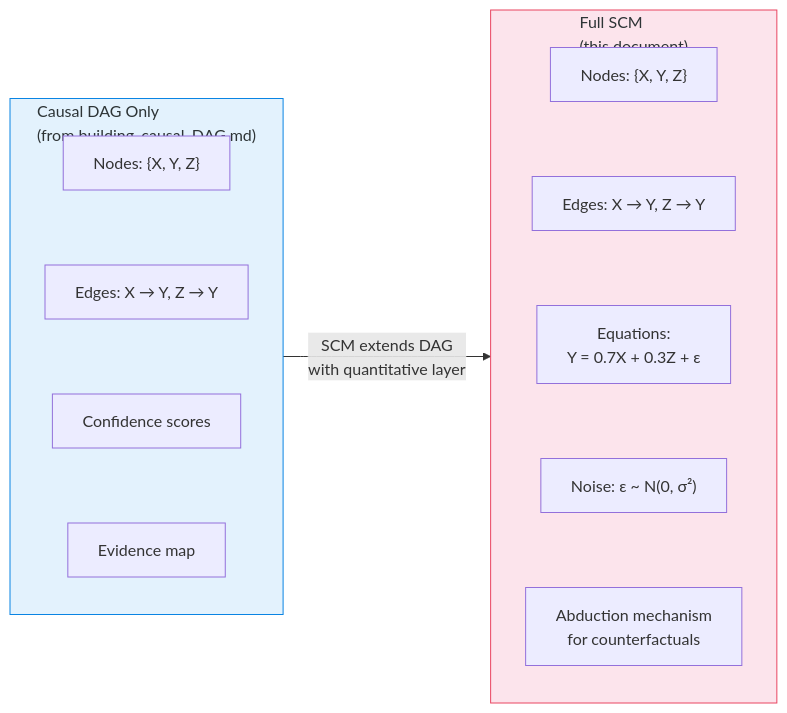
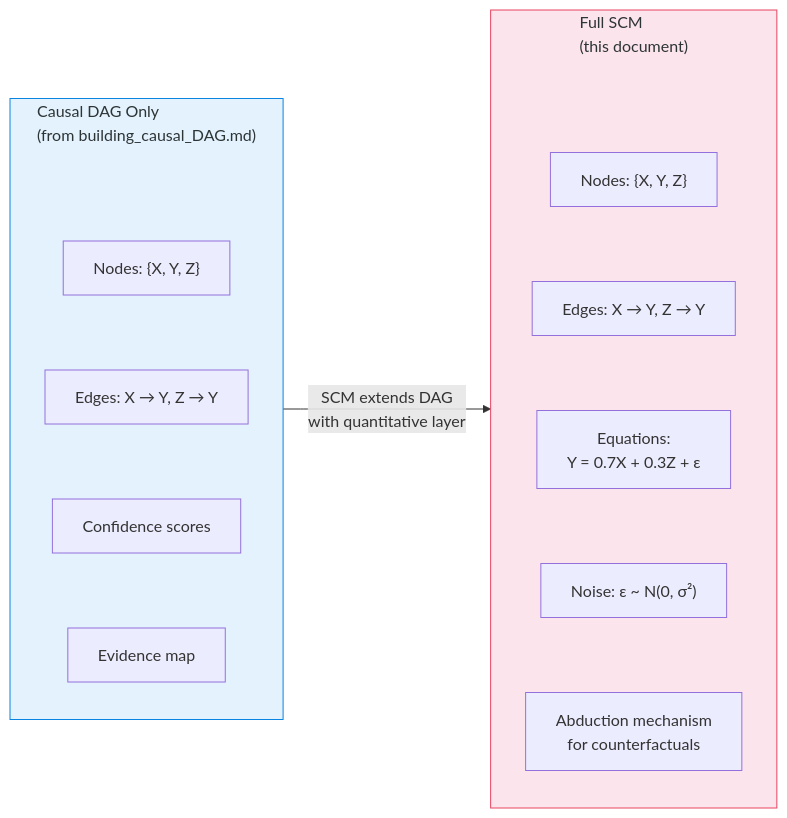
One commit to dimitarpg13/agentic_architectures_and_design_patterns changed the first of 16 diagrams in notebooks/causal_inference/building_SCM.md. Above: the diagram before and after it, drawn with Mermaid. The commit also changed other lines of this file, not shown here.

````diff
--- a/notebooks/causal_inference/building_SCM.md
+++ b/notebooks/causal_inference/building_SCM.md
@@ -40,26 +40,30 @@
 ```mermaid
 flowchart LR
     subgraph DAG_Only["Causal DAG Only<br/>(from building_causal_DAG.md)"]
         direction TB
+        DAG_pad[ ] ~~~ D1
         D1["Nodes: {X, Y, Z}"]
         D2["Edges: X → Y, Z → Y"]
         D3["Confidence scores"]
         D4["Evidence map"]
         D1 ~~~ D2 ~~~ D3 ~~~ D4
     end
 
     subgraph Full_SCM["Full SCM<br/>(this document)"]
         direction TB
+        SCM_pad[ ] ~~~ S1
         S1["Nodes: {X, Y, Z}"]
         S2["Edges: X → Y, Z → Y"]
         S3["Equations:<br/>Y = 0.7X + 0.3Z + ε"]
         S4["Noise: ε ~ N(0, σ²)"]
         S5["Abduction mechanism<br/>for counterfactuals"]
         S1 ~~~ S2 ~~~ S3 ~~~ S4 ~~~ S5
     end
 
     DAG_Only -->|"SCM extends DAG<br/>with quantitative layer"| Full_SCM
 
+    style DAG_pad fill:none,stroke:none,color:none
+    style SCM_pad fill:none,stroke:none,color:none
     style DAG_Only fill:#e3f2fd,stroke:#0984e3,color:#2d3436
     style Full_SCM fill:#fce4ec,stroke:#e94560,color:#2d3436
 ```
````
